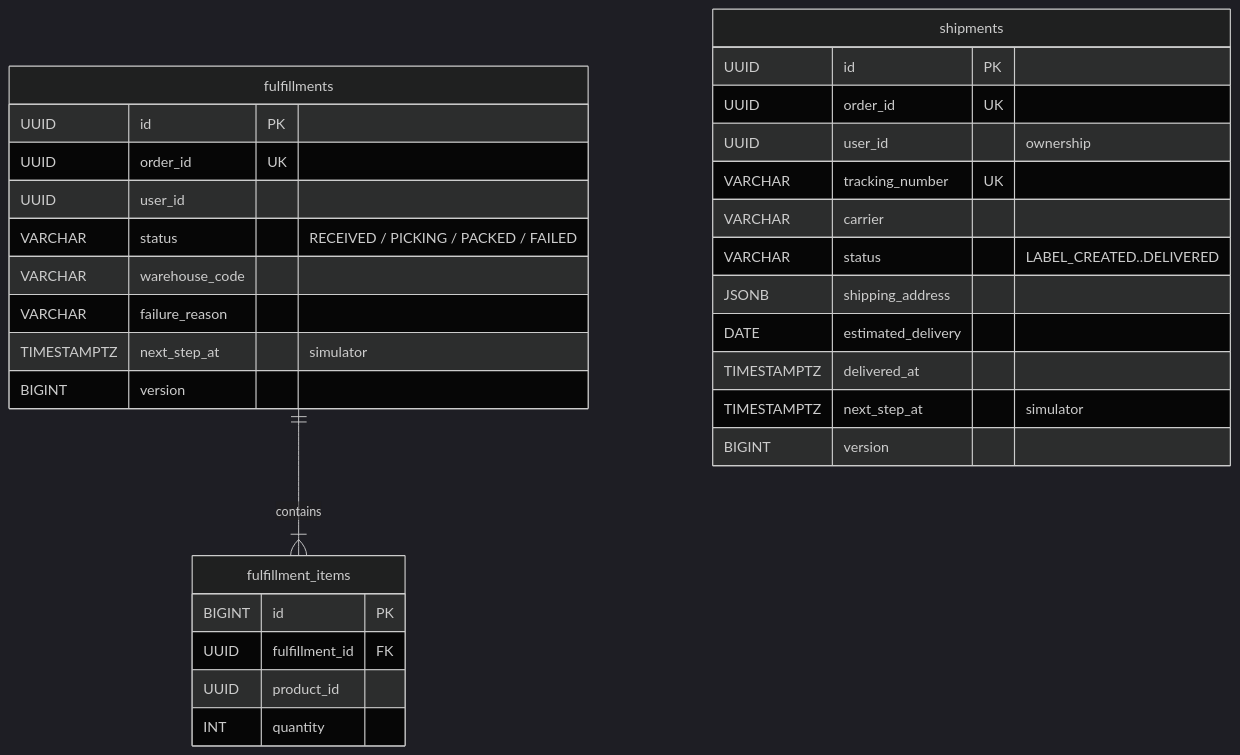
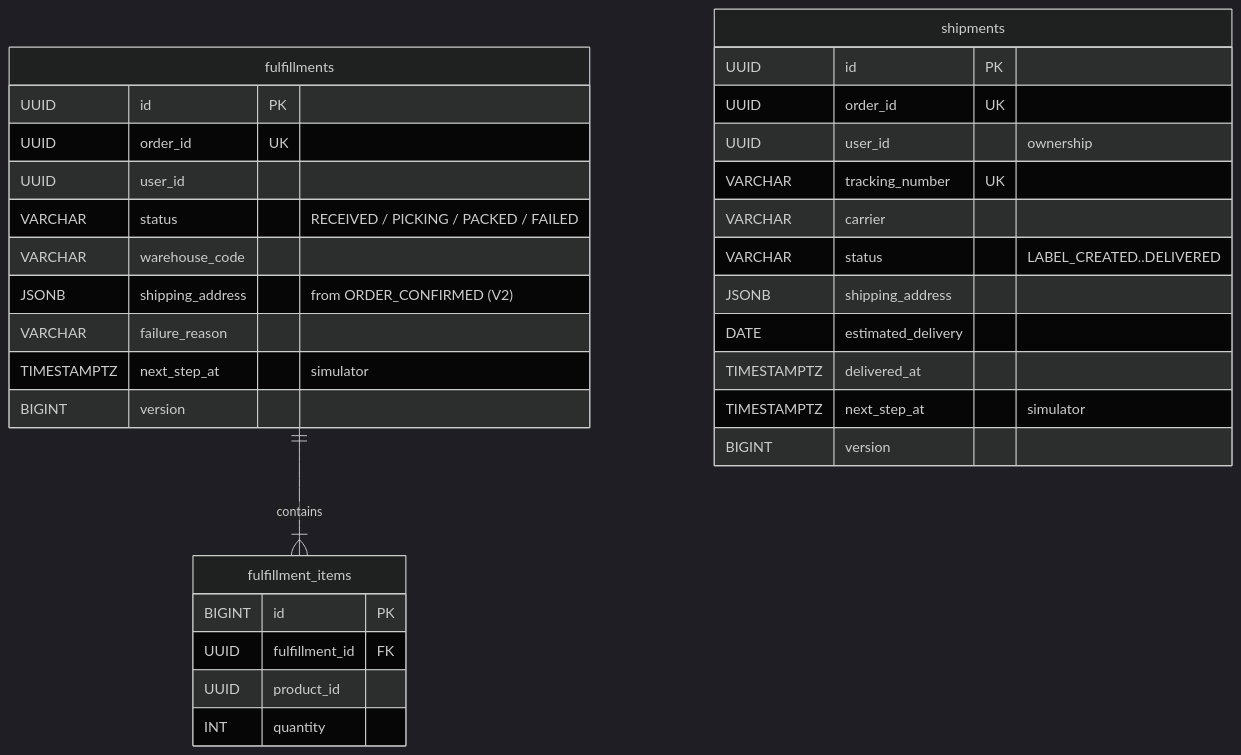
The first of 2 diagrams in data-model/04-fulfillment_shipping_db.md (divakarmudunuri/spring-microservices-demo), drawn with Mermaid (dark theme) before and after one commit. The commit also changed other lines of this file and 82 other files, not shown here.

````diff
--- a/data-model/04-fulfillment_shipping_db.md
+++ b/data-model/04-fulfillment_shipping_db.md
@@ -7,33 +7,34 @@
 ```mermaid
 erDiagram
     fulfillments ||--|{ fulfillment_items : contains
     fulfillments {
         UUID id PK
         UUID order_id UK
         UUID user_id
         VARCHAR status "RECEIVED / PICKING / PACKED / FAILED"
         VARCHAR warehouse_code
+        JSONB shipping_address "from ORDER_CONFIRMED (V2)"
         VARCHAR failure_reason
         TIMESTAMPTZ next_step_at "simulator"
         BIGINT version
     }
     fulfillment_items {
         BIGINT id PK
         UUID fulfillment_id FK
         UUID product_id
         INT quantity
     }
     shipments {
         UUID id PK
         UUID order_id UK
         UUID user_id "ownership"
         VARCHAR tracking_number UK
         VARCHAR carrier
         VARCHAR status "LABEL_CREATED..DELIVERED"
         JSONB shipping_address
         DATE estimated_delivery
         TIMESTAMPTZ delivered_at
         TIMESTAMPTZ next_step_at "simulator"
         BIGINT version
     }
 ```
````
